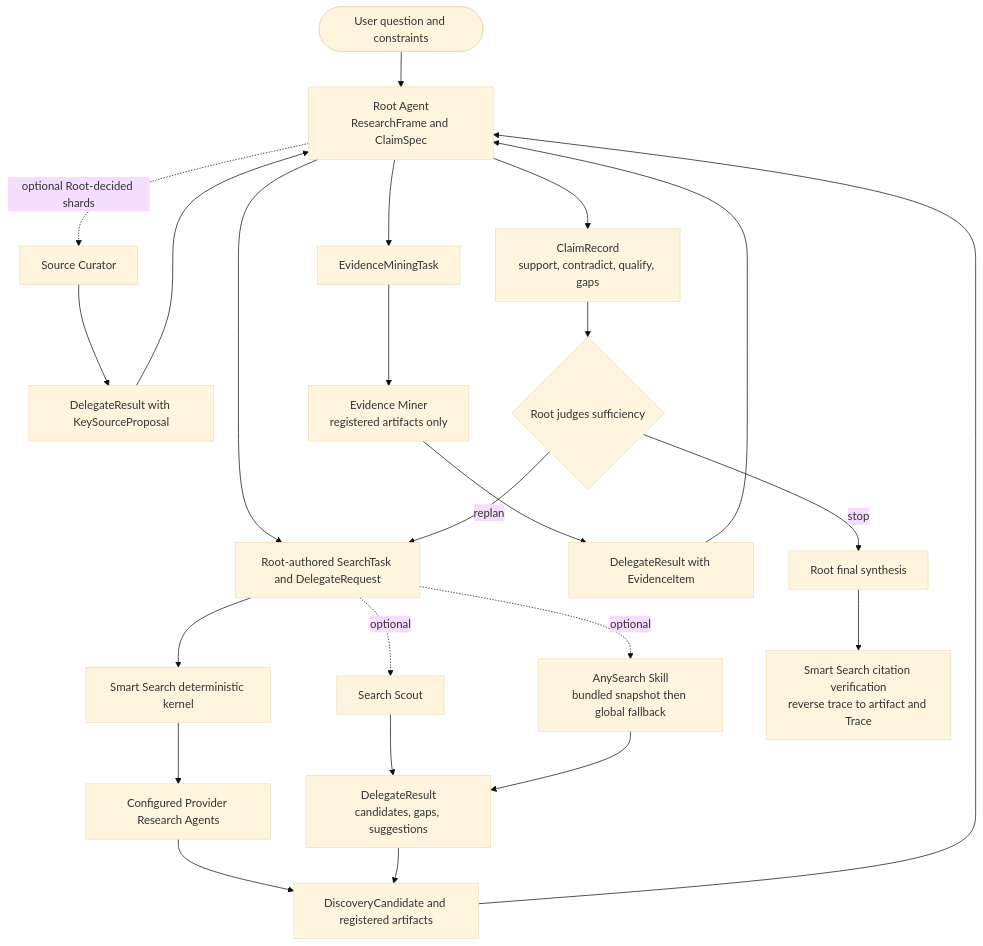
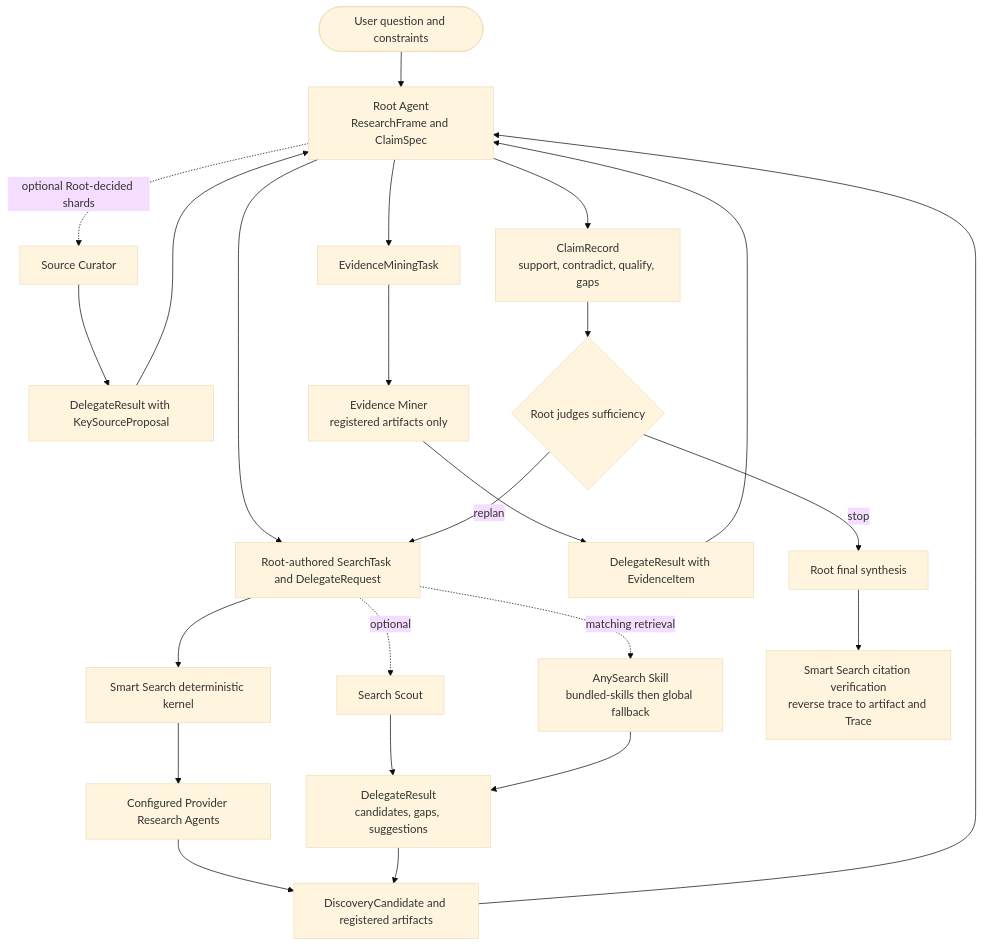
Before and after one commit to whycantfindaname/smartsearch: the diagram in skills/smart-search-cli/SKILL.md, drawn with Mermaid (base theme). The commit also changed other lines of this file and 55 other files, not shown here.

Commit message:
fix(skills): load bundled AnySearch from Smart Search

````diff
--- a/skills/smart-search-cli/SKILL.md
+++ b/skills/smart-search-cli/SKILL.md
@@ -82,26 +82,26 @@
 ```mermaid
 flowchart TD
     U([User question and constraints]) --> R[Root Agent<br/>ResearchFrame and ClaimSpec]
     R --> T[Root-authored SearchTask and DelegateRequest]
     T --> K[Smart Search deterministic kernel]
     T -. optional .-> S[Search Scout]
-    T -. optional .-> A[AnySearch Skill<br/>bundled snapshot then global fallback]
+    T -. matching retrieval .-> A[AnySearch Skill<br/>bundled-skills then global fallback]
     K --> P[Configured Provider Research Agents]
     S --> D[DelegateResult<br/>candidates, gaps, suggestions]
     A --> D
     P --> C[DiscoveryCandidate and registered artifacts]
     D --> C
     C --> R
     R -. optional Root-decided shards .-> Q[Source Curator]
     Q --> KS[DelegateResult with KeySourceProposal]
     KS --> R
     R --> EM[EvidenceMiningTask]
     EM --> M[Evidence Miner<br/>registered artifacts only]
     M --> E[DelegateResult with EvidenceItem]
     E --> R
     R --> CR[ClaimRecord<br/>support, contradict, qualify, gaps]
     CR --> G{Root judges sufficiency}
     G -- replan --> T
     G -- stop --> F[Root final synthesis]
 F --> V[Smart Search citation verification<br/>reverse trace to artifact and Trace]
 ```
````
